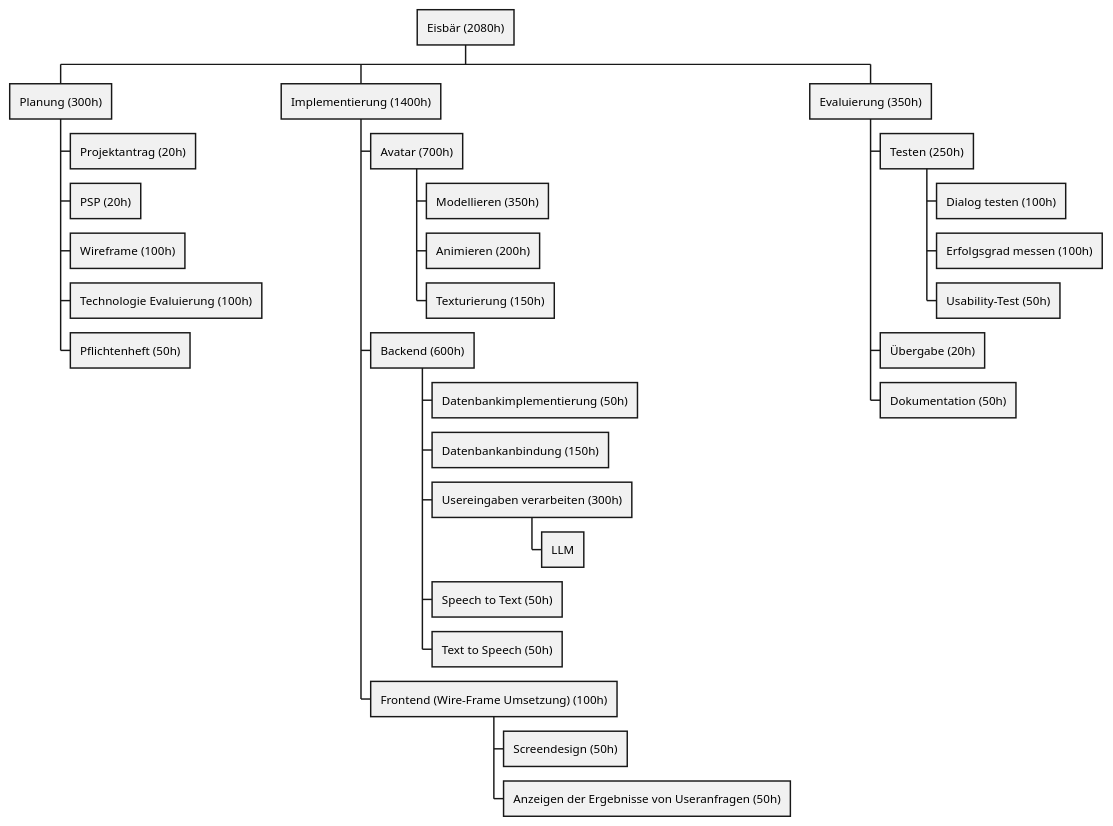
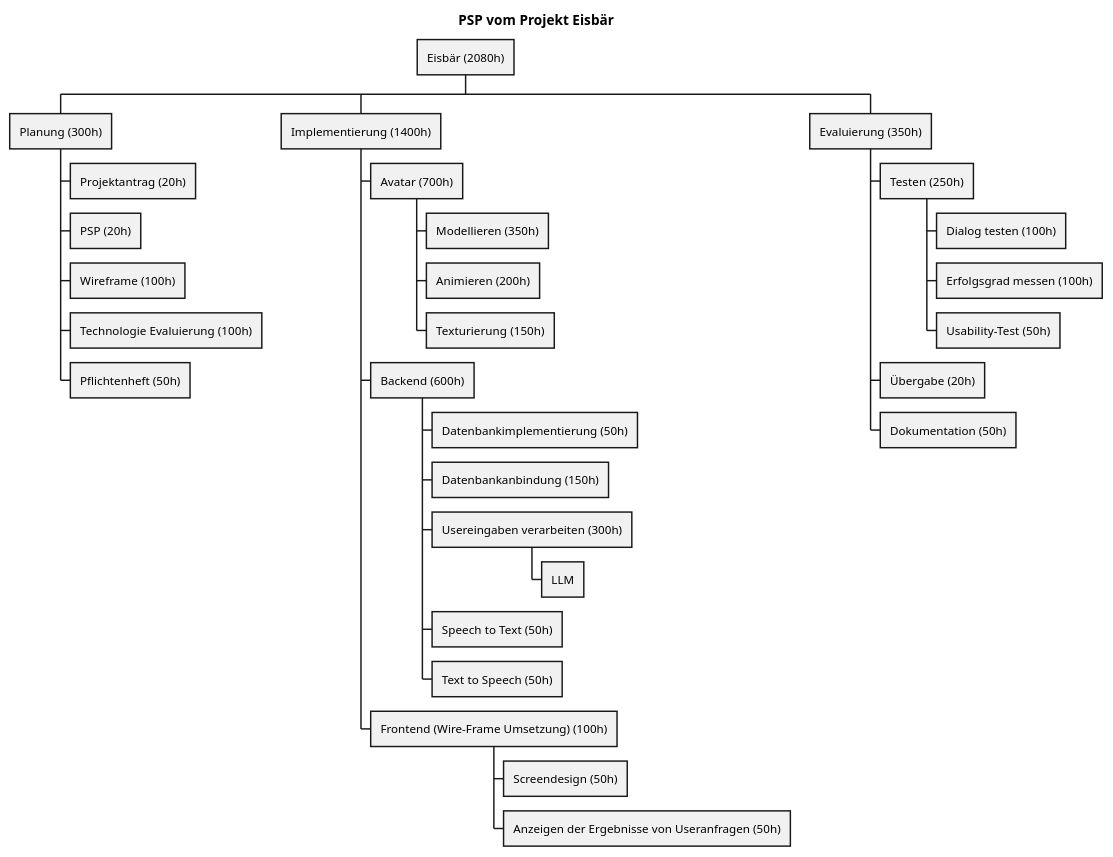
The diagram in documents/psp.puml (2425-4bhitm-itp/eisbaer), drawn with PlantUML before and after one commit.

Commit message:
changed psp

```diff
--- a/documents/psp.puml
+++ b/documents/psp.puml
@@ -1,45 +1,47 @@
 @startwbs
+title: PSP vom Projekt Eisbär
+
 * Eisbär (2080h)
 
 ** Planung (300h)
 
 *** Projektantrag (20h)
 *** PSP (20h)
 *** Wireframe (100h)
 *** Technologie Evaluierung (100h)
 *** Pflichtenheft (50h)
 
 **  Implementierung (1400h)
 
 *** Avatar (700h)
 
 **** Modellieren (350h)
 **** Animieren (200h)
 **** Texturierung (150h)
 
 *** Backend (600h)
 
 **** Datenbankimplementierung (50h)
 **** Datenbankanbindung (150h)
 **** Usereingaben verarbeiten (300h)
 ***** LLM
 **** Speech to Text (50h)
 **** Text to Speech (50h)
 
 *** Frontend (Wire-Frame Umsetzung) (100h)
 
 **** Screendesign (50h)
 **** Anzeigen der Ergebnisse von Useranfragen (50h)
 
 ** Evaluierung (350h)
 
 *** Testen (250h)
 
 **** Dialog testen (100h)
 **** Erfolgsgrad messen (100h)
 **** Usability-Test (50h)
 
 *** Übergabe (20h)
 
 *** Dokumentation (50h)
 @endwbs
```
